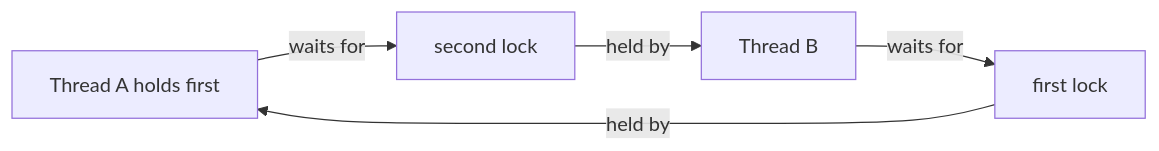
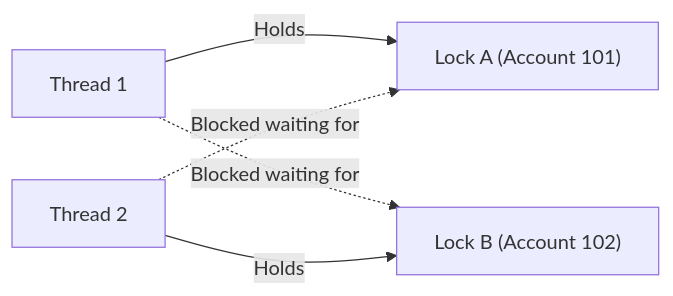
Before and after one commit to ravishankar2463/java_hub: the fourth of 4 diagrams in content/roadmap/level-5/thread-safety-and-synchronization.md, drawn with Mermaid. The commit also changed other lines of this file and 1 other file, not shown here.

Commit message:
docs(level-5): overhaul thread safety and synchronization with human voice, lock inflation, and deadlock prevention

````diff
--- a/content/roadmap/level-5/thread-safety-and-synchronization.md
+++ b/content/roadmap/level-5/thread-safety-and-synchronization.md
@@ -129,7 +229,12 @@
 ```mermaid
 flowchart LR
-    threadA["Thread A holds first"] -->|"waits for"| lockSecond["second lock"]
-    lockSecond -->|"held by"| threadB["Thread B"]
-    threadB -->|"waits for"| lockFirst["first lock"]
-    lockFirst -->|"held by"| threadA
+    Thread1["Thread 1"]
+    Thread2["Thread 2"]
+    LockA["Lock A (Account 101)"]
+    LockB["Lock B (Account 102)"]
+
+    Thread1 -->|"Holds"| LockA
+    Thread1 -.->|"Blocked waiting for"| LockB
+    Thread2 -->|"Holds"| LockB
+    Thread2 -.->|"Blocked waiting for"| LockA
 ```
````
